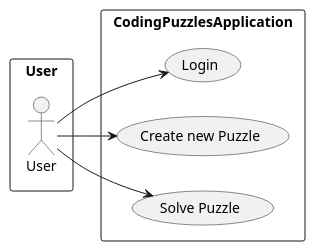
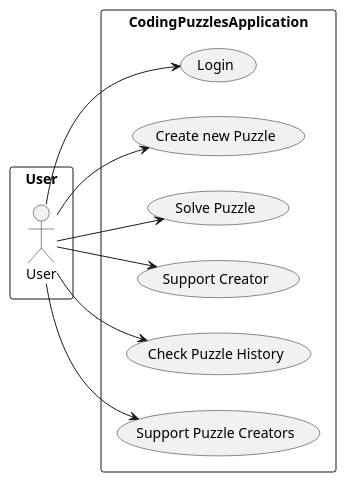
The diagram in SpringBootApplication/codingpuzzles-backend/SoftwareDesign/UseCaseDiagram.puml (duartecaldascardoso/Coding.com), drawn with PlantUML before and after one commit.

Commit message:
Updating the use case diagram

```diff
--- a/SpringBootApplication/codingpuzzles-backend/SoftwareDesign/UseCaseDiagram.puml
+++ b/SpringBootApplication/codingpuzzles-backend/SoftwareDesign/UseCaseDiagram.puml
@@ -1,17 +1,23 @@
 @startuml
 'https://plantuml.com/use-case-diagram
 left to right direction
 rectangle User{
     :User: as U
 }
 
 rectangle CodingPuzzlesApplication{
     (Login) as L
     (Create new Puzzle) as CP
     (Solve Puzzle) as SP
+    (Support Creator) as SC
+    (Check Puzzle History) as CPH
+    (Support Puzzle Creators) as SPC
 }
 
 U --> L
 U --> CP
 U --> SP
+U --> SC
+U --> CPH
+U --> SPC
 @enduml
```
